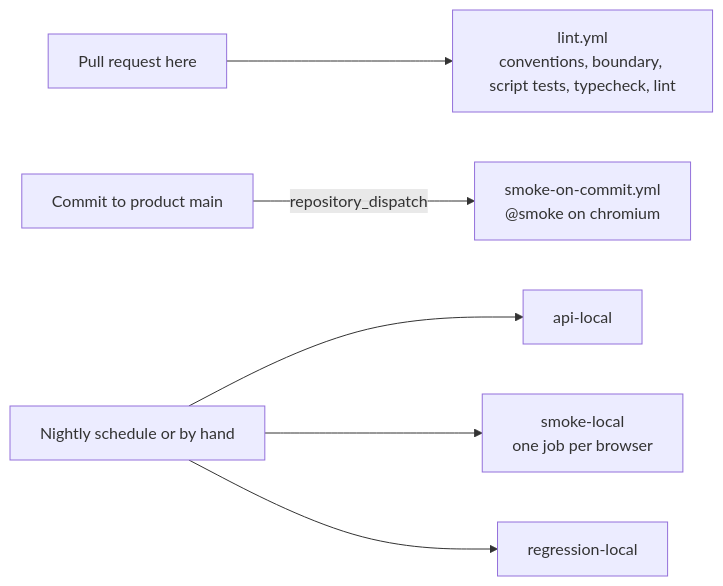
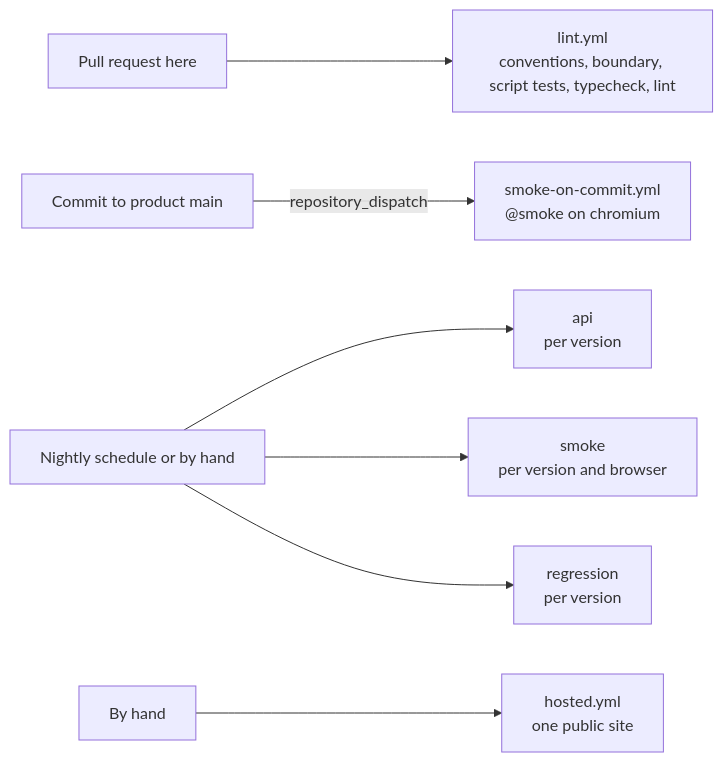
The second of 2 diagrams in README.md (AndreyPilipchenko/sample-playwright-framework), drawn with Mermaid before and after one commit. The commit also changed other lines of this file and 8 other files, not shown here.

First line of the commit message:
Split CI into local and hosted runs; nightly tests both local builds (#50)

````diff
--- a/README.md
+++ b/README.md
@@ -111,8 +112,9 @@
 ```mermaid
 flowchart LR
     pr["Pull request here"] --> lint["lint.yml<br/>conventions, boundary, script tests, typecheck, lint"]
     push["Commit to product main"] -->|repository_dispatch| commit["smoke-on-commit.yml<br/>@smoke on chromium"]
-    nightly["Nightly schedule or by hand"] --> api["api-local"]
-    nightly --> smoke["smoke-local<br/>one job per browser"]
-    nightly --> regression["regression-local"]
+    nightly["Nightly schedule or by hand"] --> api["api<br/>per version"]
+    nightly --> smoke["smoke<br/>per version and browser"]
+    nightly --> regression["regression<br/>per version"]
+    manual["By hand"] --> hosted["hosted.yml<br/>one public site"]
 ```
````
